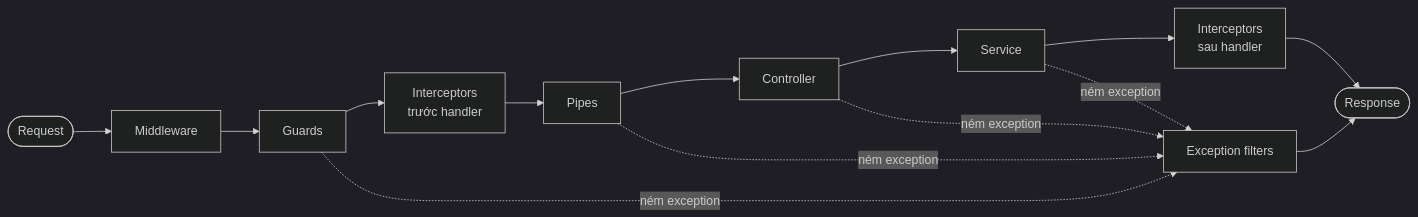
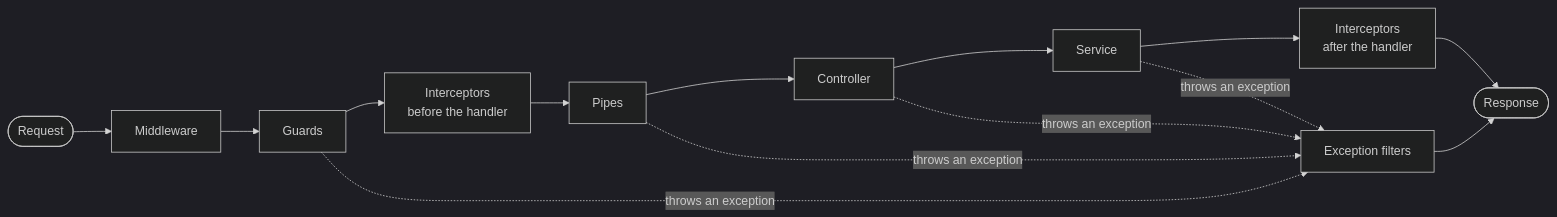
Before and after one commit to sunflynf/web-notes: the first of 2 diagrams in docs/technologies/js/be-frameworks/nest/in-depth.mdx, drawn with Mermaid (dark theme). The commit also changed other lines of this file and 33 other files, not shown here.

````diff
--- a/docs/technologies/js/be-frameworks/nest/in-depth.mdx
+++ b/docs/technologies/js/be-frameworks/nest/in-depth.mdx
@@ -15,13 +15,13 @@
 ```mermaid
 flowchart LR
   Req([Request]) --> MW[Middleware]
   MW --> G[Guards]
-  G --> IPre[Interceptors<br/>trước handler]
+  G --> IPre[Interceptors<br/>before the handler]
   IPre --> P[Pipes]
   P --> C[Controller]
   C --> S[Service]
-  S --> IPost[Interceptors<br/>sau handler]
+  S --> IPost[Interceptors<br/>after the handler]
   IPost --> Res([Response])
-  G & P & C & S -. ném exception .-> EF[Exception filters]
+  G & P & C & S -. throws an exception .-> EF[Exception filters]
   EF --> Res
 ```
````
